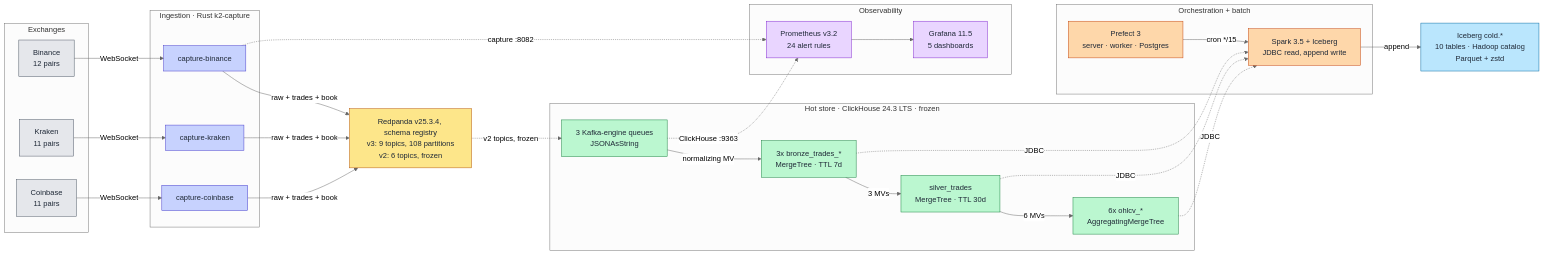
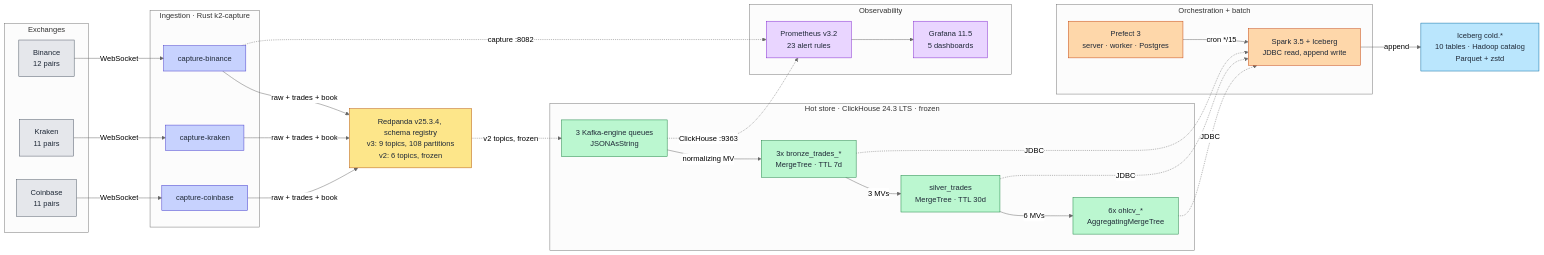
Before and after one commit to rjdscott/k2-market-data-platform: the first of 4 diagrams in docs/architecture/README.md, drawn with Mermaid (neutral theme). The commit also changed other lines of this file and 11 other files, not shown here.

````diff
--- a/docs/architecture/README.md
+++ b/docs/architecture/README.md
@@ -13,70 +13,70 @@
 ```mermaid
 flowchart LR
     subgraph EX["Exchanges"]
         BIN["Binance<br/>12 pairs"]
         KRK["Kraken<br/>11 pairs"]
         CBS["Coinbase<br/>11 pairs"]
     end
 
     subgraph FH["Ingestion · Rust k2-capture"]
         FHB["capture-binance"]
         FHK["capture-kraken"]
         FHC["capture-coinbase"]
     end
 
     RP["Redpanda v25.3.4, schema registry<br/>v3: 9 topics, 108 partitions<br/>v2: 6 topics, frozen"]
 
     subgraph CH["Hot store · ClickHouse 24.3 LTS · frozen"]
         Q["3 Kafka-engine queues<br/>JSONAsString"]
         BR["3x bronze_trades_*<br/>MergeTree · TTL 7d"]
         SI["silver_trades<br/>MergeTree · TTL 30d"]
         GO["6x ohlcv_*<br/>AggregatingMergeTree"]
     end
 
     subgraph BATCH["Orchestration + batch"]
         PF["Prefect 3<br/>server · worker · Postgres"]
         SP["Spark 3.5 + Iceberg<br/>JDBC read, append write"]
     end
 
     ICE["Iceberg cold.*<br/>10 tables · Hadoop catalog<br/>Parquet + zstd"]
 
     subgraph OBS["Observability"]
-        PR["Prometheus v3.2<br/>24 alert rules"]
+        PR["Prometheus v3.2<br/>23 alert rules"]
         GR["Grafana 11.5<br/>5 dashboards"]
     end
 
     BIN -->|WebSocket| FHB
     KRK -->|WebSocket| FHK
     CBS -->|WebSocket| FHC
     FHB -->|"raw + trades + book"| RP
     FHK -->|"raw + trades + book"| RP
     FHC -->|"raw + trades + book"| RP
     RP -.->|"v2 topics, frozen"| Q
     Q -->|normalizing MV| BR
     BR -->|"3 MVs"| SI
     SI -->|"6 MVs"| GO
     PF -->|"cron */15"| SP
     BR -.->|JDBC| SP
     SI -.->|JDBC| SP
     GO -.->|JDBC| SP
     SP -->|append| ICE
     FHB -.->|"capture :8082"| PR
     Q -.->|"ClickHouse :9363"| PR
     PR --> GR
 
     classDef exchange fill:#e5e7eb,stroke:#4b5563,color:#1f2937
     classDef rust fill:#c7d2fe,stroke:#4338ca,color:#1f2937
     classDef stream fill:#fde68a,stroke:#b45309,color:#1f2937
     classDef ch fill:#bbf7d0,stroke:#15803d,color:#1f2937
     classDef batch fill:#fed7aa,stroke:#c2410c,color:#1f2937
     classDef storage fill:#bae6fd,stroke:#0369a1,color:#1f2937
     classDef obs fill:#e9d5ff,stroke:#7e22ce,color:#1f2937
 
     class BIN,KRK,CBS exchange
     class FHB,FHK,FHC rust
     class RP stream
     class Q,BR,SI,GO ch
     class PF,SP batch
     class ICE storage
     class PR,GR obs
 ```
````
